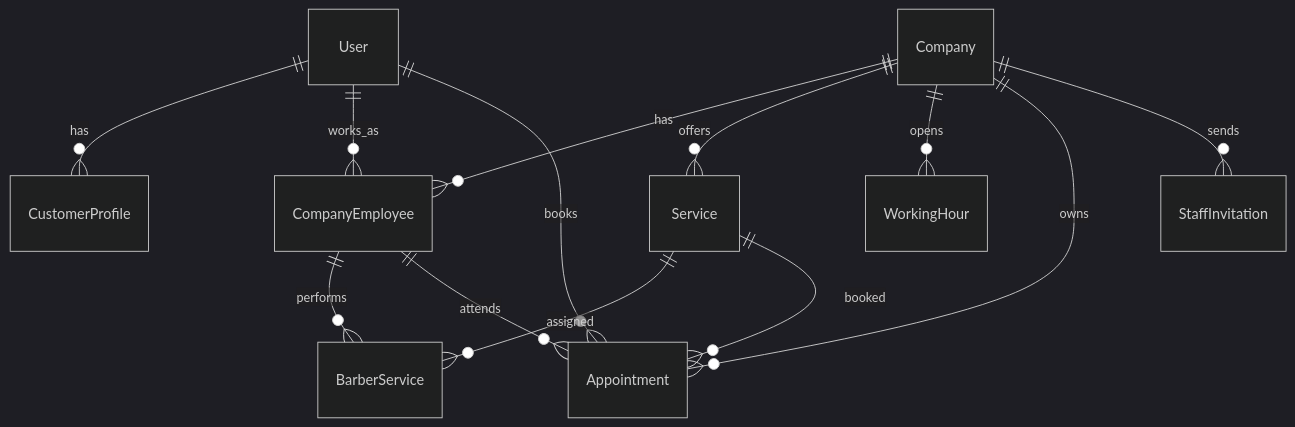
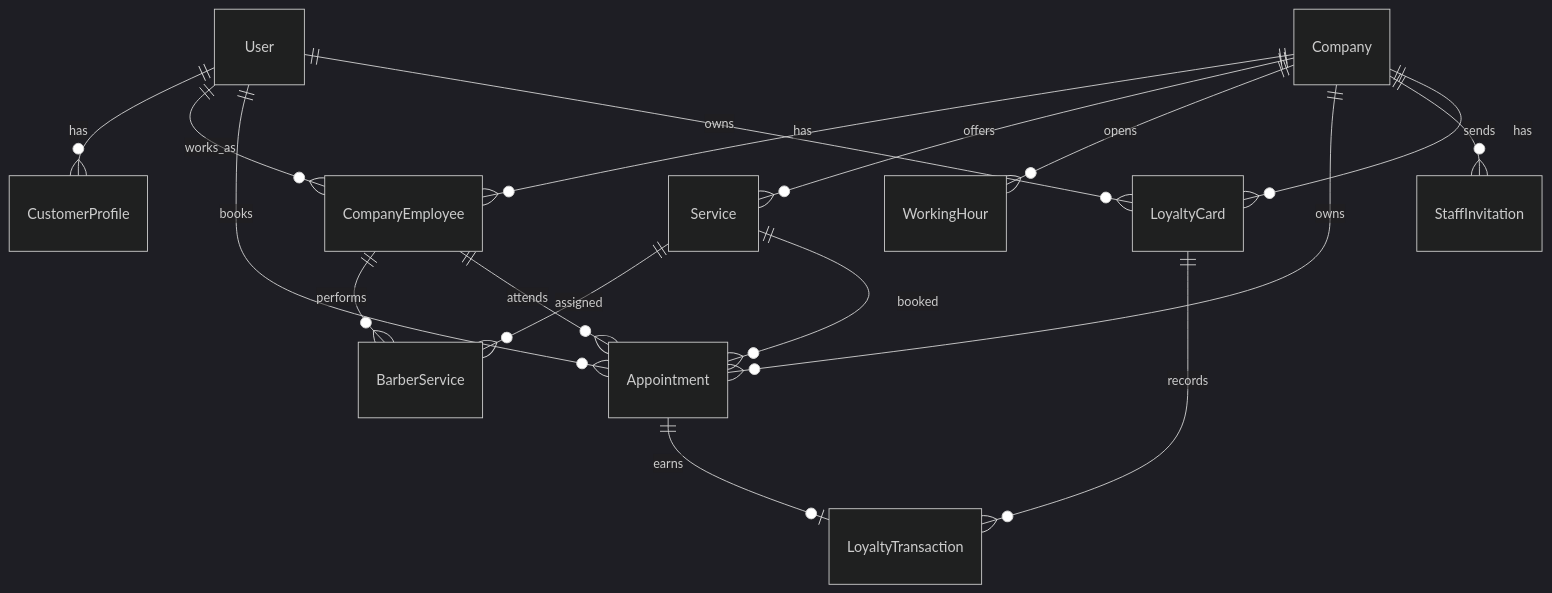
One commit to KaioHerculano/fenix-barbershop-api changed the diagram in docs/domain-model.md. Above: the diagram before and after it, drawn with Mermaid (dark theme). The commit also changed other lines of this file and 7 other files, not shown here.

````diff
--- a/docs/domain-model.md
+++ b/docs/domain-model.md
@@ -5,15 +5,19 @@
 ```mermaid
 erDiagram
     User ||--o{ CustomerProfile : has
     User ||--o{ CompanyEmployee : works_as
     Company ||--o{ CompanyEmployee : has
     Company ||--o{ Service : offers
     Company ||--o{ WorkingHour : opens
     Company ||--o{ Appointment : owns
     Company ||--o{ StaffInvitation : sends
     CompanyEmployee ||--o{ BarberService : performs
     Service ||--o{ BarberService : assigned
     User ||--o{ Appointment : books
     CompanyEmployee ||--o{ Appointment : attends
     Service ||--o{ Appointment : booked
+    Company ||--o{ LoyaltyCard : has
+    User ||--o{ LoyaltyCard : owns
+    LoyaltyCard ||--o{ LoyaltyTransaction : records
+    Appointment ||--o| LoyaltyTransaction : earns
 ```
````
